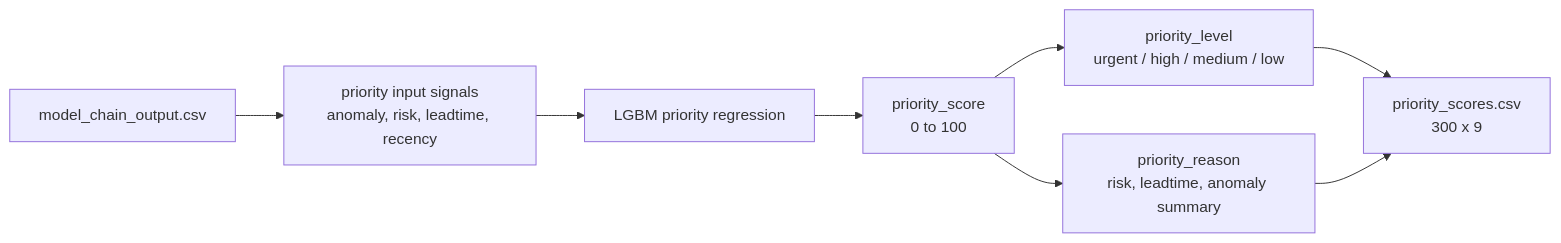
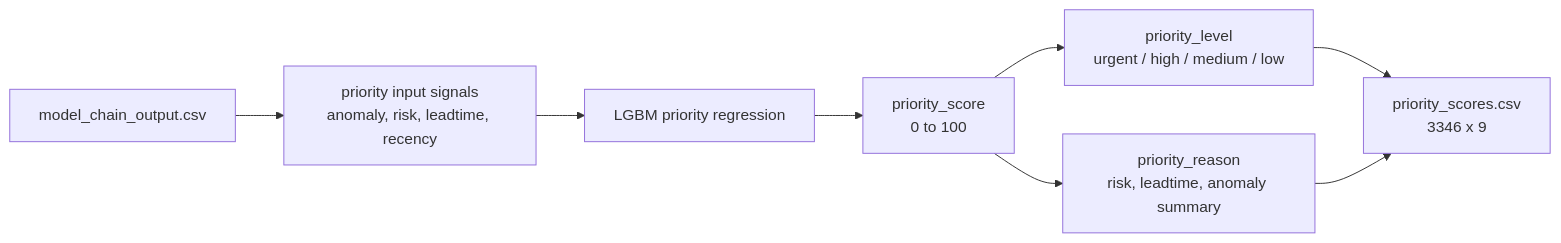
One commit to jiyang-lee/Heat_Grid_Agent changed the diagram in docs/report/proto/04_priority.md. Above: the diagram before and after it, drawn with Mermaid. The commit also changed other lines of this file and 32 other files, not shown here.

````diff
--- a/docs/report/proto/04_priority.md
+++ b/docs/report/proto/04_priority.md
@@ -56,10 +56,10 @@
 ```mermaid
 flowchart LR
   CHAIN["model_chain_output.csv"] --> F7["priority input signals<br/>anomaly, risk, leadtime, recency"]
   F7 --> LGBM["LGBM priority regression"]
   LGBM --> SCORE["priority_score<br/>0 to 100"]
   SCORE --> LEVEL["priority_level<br/>urgent / high / medium / low"]
   SCORE --> REASON["priority_reason<br/>risk, leadtime, anomaly summary"]
-  LEVEL --> CSV["priority_scores.csv<br/>300 x 9"]
+  LEVEL --> CSV["priority_scores.csv<br/>3346 x 9"]
   REASON --> CSV
 ```
````
